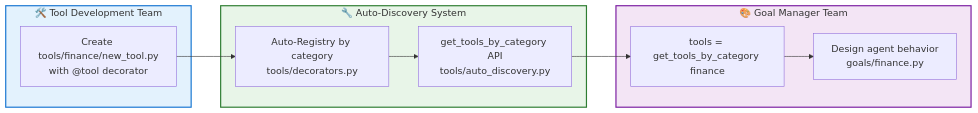
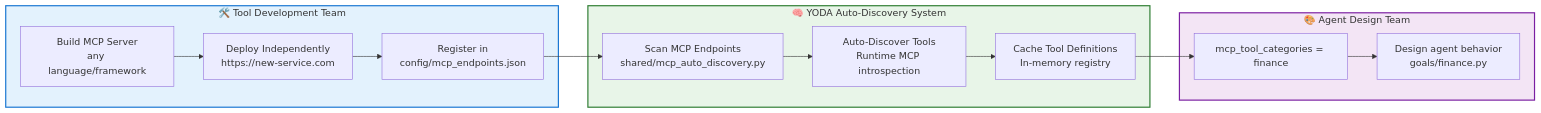
The third of 3 diagrams in NEW_ARCHITECTURE_PLAN.md (shin-hyuk/yoda), drawn with Mermaid before and after one commit. The commit also changed other lines of this file, not shown here.

````diff
--- a/NEW_ARCHITECTURE_PLAN.md
+++ b/NEW_ARCHITECTURE_PLAN.md
@@ -235,29 +261,35 @@
 ```mermaid
 graph LR
     subgraph ToolTeam [🛠️ Tool Development Team]
-        CreateTool[Create tools/finance/new_tool.py<br/>with @tool decorator]
+        BuildMCP[Build MCP Server<br/>any language/framework]
+        DeployMCP[Deploy Independently<br/>https://new-service.com]
+        RegisterEndpoint[Register in<br/>config/mcp_endpoints.json]
     end
     
-    subgraph System [🔧 Auto-Discovery System]
-        AutoRegistry[Auto-Registry by category<br/>tools/decorators.py]
-        CategoryAPI[get_tools_by_category API<br/>tools/auto_discovery.py]
+    subgraph YodaSystem [🧠 YODA Auto-Discovery System]
+        ScanEndpoints[Scan MCP Endpoints<br/>shared/mcp_auto_discovery.py]
+        DiscoverTools[Auto-Discover Tools<br/>Runtime MCP introspection]
+        CacheTools[Cache Tool Definitions<br/>In-memory registry]
     end
     
-    subgraph GoalTeam [🎨 Goal Manager Team]
+    subgraph AgentTeam [🎨 Agent Design Team]
         DesignAgent[Design agent behavior<br/>goals/finance.py]
-        UseTools[tools = get_tools_by_category finance]
+        SelectCategories[mcp_tool_categories = finance]
     end
     
-    CreateTool --> AutoRegistry
-    AutoRegistry --> CategoryAPI
-    CategoryAPI --> UseTools
-    UseTools --> DesignAgent
+    BuildMCP --> DeployMCP
+    DeployMCP --> RegisterEndpoint
+    RegisterEndpoint --> ScanEndpoints
+    ScanEndpoints --> DiscoverTools
+    DiscoverTools --> CacheTools
+    CacheTools --> SelectCategories
+    SelectCategories --> DesignAgent
     
     classDef toolTeam fill:#e3f2fd,stroke:#1976d2,stroke-width:2px
-    classDef goalTeam fill:#f3e5f5,stroke:#7b1fa2,stroke-width:2px
+    classDef agentTeam fill:#f3e5f5,stroke:#7b1fa2,stroke-width:2px
     classDef system fill:#e8f5e8,stroke:#2e7d32,stroke-width:2px
     
     class ToolTeam toolTeam
-    class GoalTeam goalTeam
-    class System system
+    class AgentTeam agentTeam
+    class YodaSystem system
 ```
````
